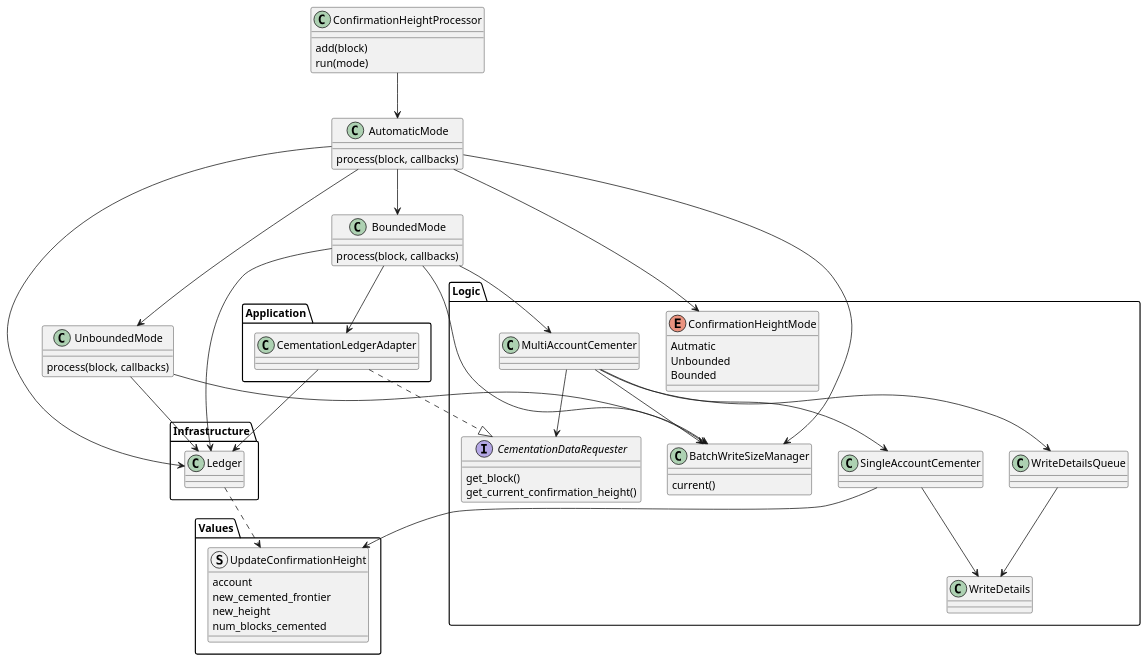
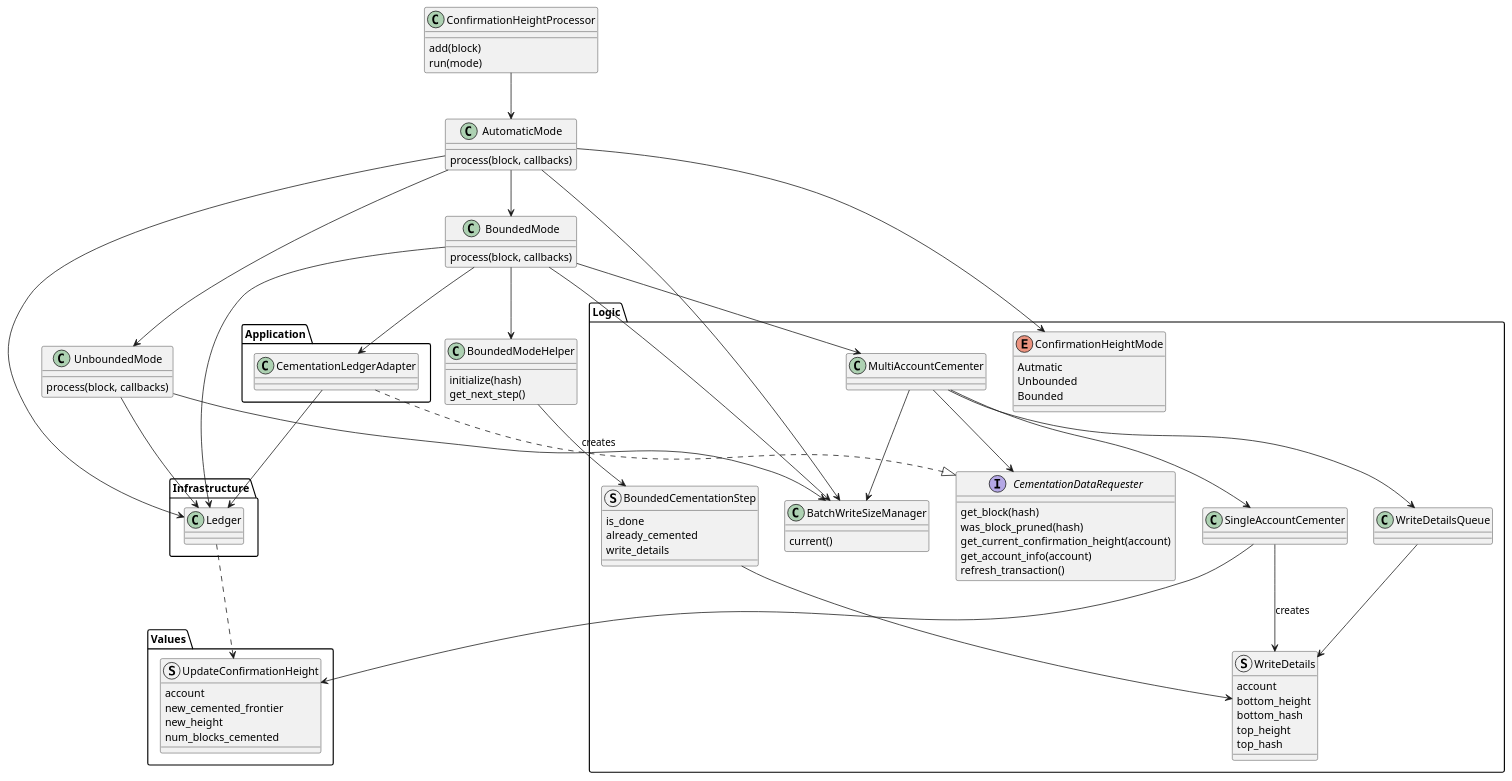
One commit to stjet/rsban-node changed the diagram in rust/doc/cementing.puml. Above: the diagram before and after it, drawn with PlantUML. The commit also changed 4 other files, not shown here.

Commit message:
Refactor block cementation bounded mode

```diff
--- a/rust/doc/cementing.puml
+++ b/rust/doc/cementing.puml
@@ -1,89 +1,114 @@
 @startuml "Confirmation Height"
 class UnboundedMode {
     process(block, callbacks)
 }
 
 class BoundedMode{
     process(block, callbacks)
 }
 
 class AutomaticMode{
     process(block, callbacks)
 }
 
 class ConfirmationHeightProcessor{
     add(block)
     run(mode)
 }
 
 package "Infrastructure" {
     class Ledger
 }
 
 package "Logic"{
     enum ConfirmationHeightMode{
         Autmatic
         Unbounded
         Bounded
     }
 
-    class WriteDetails
+    struct WriteDetails{
+        account
+        bottom_height
+        bottom_hash
+        top_height
+        top_hash
+    }
     class WriteDetailsQueue
 
     class SingleAccountCementer
     class MultiAccountCementer
     class BatchWriteSizeManager {
         current()
     }
 
     interface CementationDataRequester{
-        get_block()
-        get_current_confirmation_height()
+        get_block(hash)
+        was_block_pruned(hash)
+        get_current_confirmation_height(account)
+        get_account_info(account)
+        refresh_transaction()
+    }
+
+    struct BoundedCementationStep{
+        is_done
+        already_cemented
+        write_details
     }
 }
 
 package "Values"{
     struct UpdateConfirmationHeight{
         account
         new_cemented_frontier
         new_height
         num_blocks_cemented
     }
 }
 
 package "Application"{
     class CementationLedgerAdapter
 }
 
+class BoundedModeHelper{
+    initialize(hash)
+    get_next_step()
+}
+
 Ledger ..> UpdateConfirmationHeight
 
 UnboundedMode --> Ledger
 UnboundedMode --> BatchWriteSizeManager
 
 BoundedMode --> Ledger
 BoundedMode --> MultiAccountCementer
 BoundedMode --> BatchWriteSizeManager
 BoundedMode --> CementationLedgerAdapter
+BoundedMode --> BoundedModeHelper
+
+BoundedModeHelper --> BoundedCementationStep: creates
+
+BoundedCementationStep --> WriteDetails
 
 MultiAccountCementer --> SingleAccountCementer
 MultiAccountCementer --> BatchWriteSizeManager
 MultiAccountCementer --> WriteDetailsQueue
 MultiAccountCementer --> CementationDataRequester
 
 SingleAccountCementer --> UpdateConfirmationHeight
-SingleAccountCementer --> WriteDetails
+SingleAccountCementer --> WriteDetails: creates
 
 WriteDetailsQueue --> WriteDetails
 
 AutomaticMode --> ConfirmationHeightMode
 AutomaticMode --> BoundedMode
 AutomaticMode --> UnboundedMode
 AutomaticMode --> Ledger
 AutomaticMode --> BatchWriteSizeManager
 
 ConfirmationHeightProcessor --> AutomaticMode
 
 CementationLedgerAdapter ..|> CementationDataRequester
 CementationLedgerAdapter --> Ledger
 
 @enduml
```
